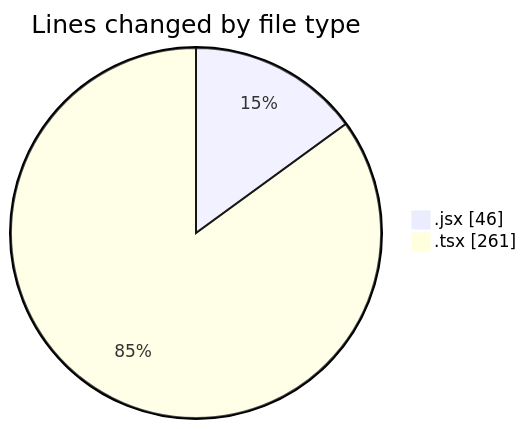
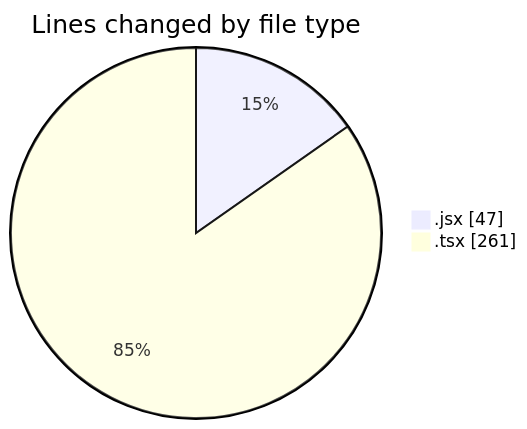
Before and after one commit to momahboobian/code-tracking: the first of 2 diagrams in 2026-02-11/cda/README.md, drawn with Mermaid. The commit also changed other lines of this file and 1 other file, not shown here.

````diff
--- a/2026-02-11/cda/README.md
+++ b/2026-02-11/cda/README.md
@@ -21,6 +21,6 @@
 ```mermaid
 pie showData
 title Lines changed by file type
-".jsx" : 46
+".jsx" : 47
 ".tsx" : 261
 ```
````
